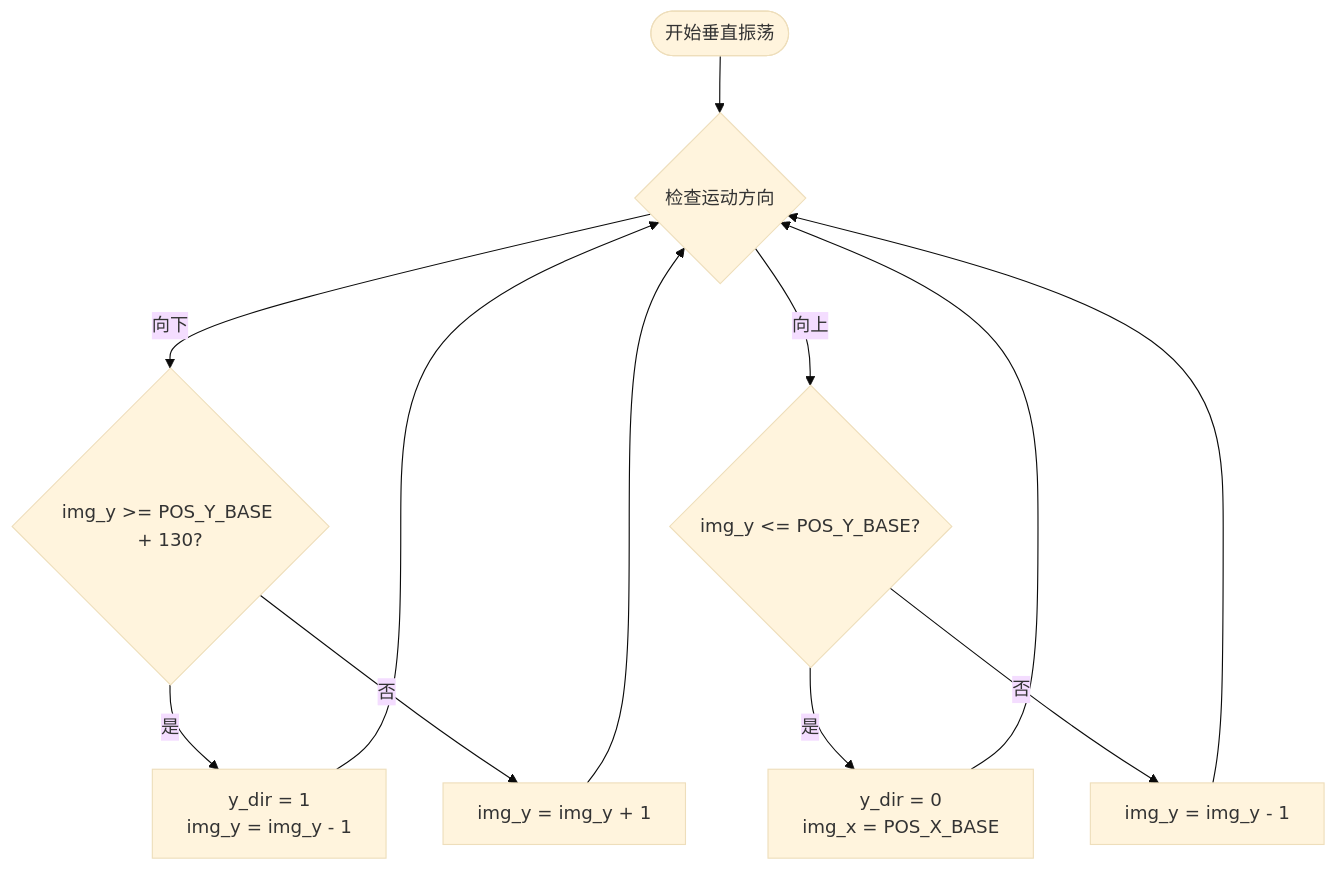
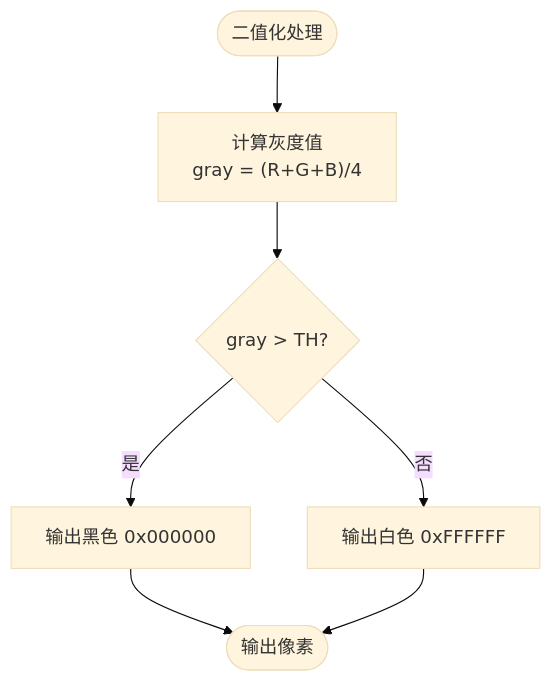
The sixth of 16 diagrams in .qoder/repowiki/zh/content/运动控制.md (soupherexd/LCD_ROM_PIC), drawn with Mermaid (base theme) before and after one commit. The commit also changed other lines of this file and 5 other files, not shown here.

````diff
--- a/.qoder/repowiki/zh/content/运动控制.md
+++ b/.qoder/repowiki/zh/content/运动控制.md
@@ -190,14 +244,9 @@
 ```mermaid
 flowchart TD
-Start([开始垂直振荡]) --> CheckDirection{"检查运动方向"}
-CheckDirection --> |向下| CheckBottom{"img_y >= POS_Y_BASE + 130?"}
-CheckDirection --> |向上| CheckTop{"img_y <= POS_Y_BASE?"}
-CheckBottom --> |是| ReverseDown["y_dir = 1<br/>img_y = img_y - 1"]
-CheckBottom --> |否| MoveDown["img_y = img_y + 1"]
-CheckTop --> |是| ReverseUp["y_dir = 0<br/>img_x = POS_X_BASE"]
-CheckTop --> |否| MoveUp["img_y = img_y - 1"]
-ReverseDown --> CheckDirection
-MoveDown --> CheckDirection
-ReverseUp --> CheckDirection
-MoveUp --> CheckDirection
+Start([二值化处理]) --> GrayCalc["计算灰度值<br/>gray = (R+G+B)/4"]
+GrayCalc --> Threshold{"gray > TH?"}
+Threshold --> |是| Black["输出黑色 0x000000"]
+Threshold --> |否| White["输出白色 0xFFFFFF"]
+Black --> Output([输出像素])
+White --> Output
 ```
````
